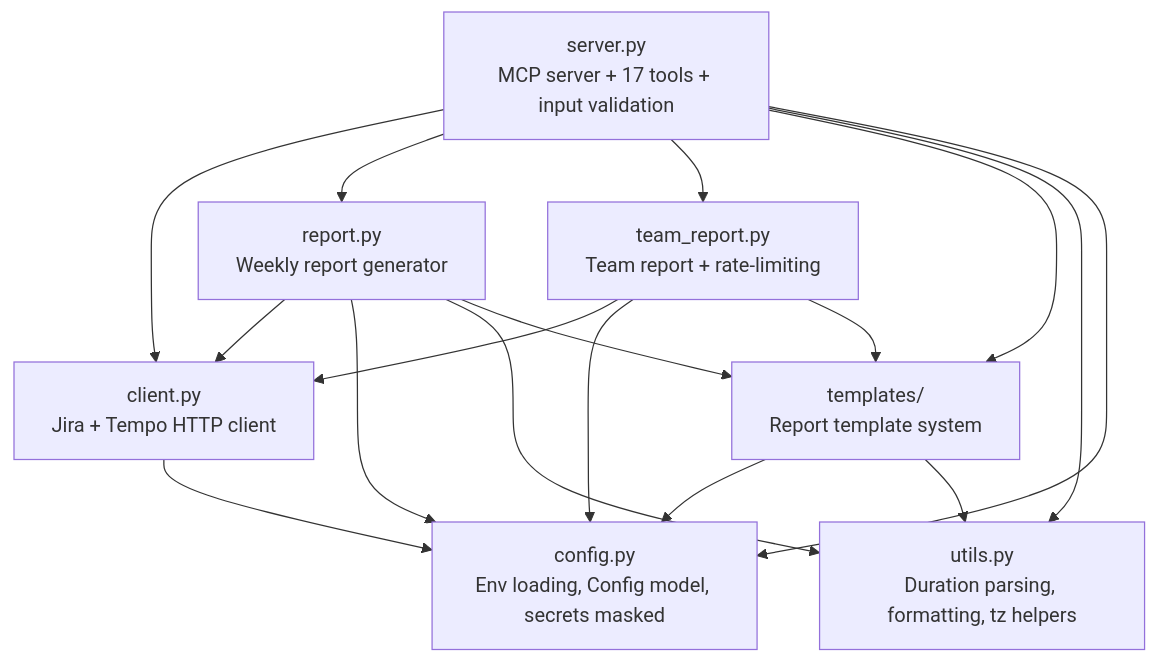
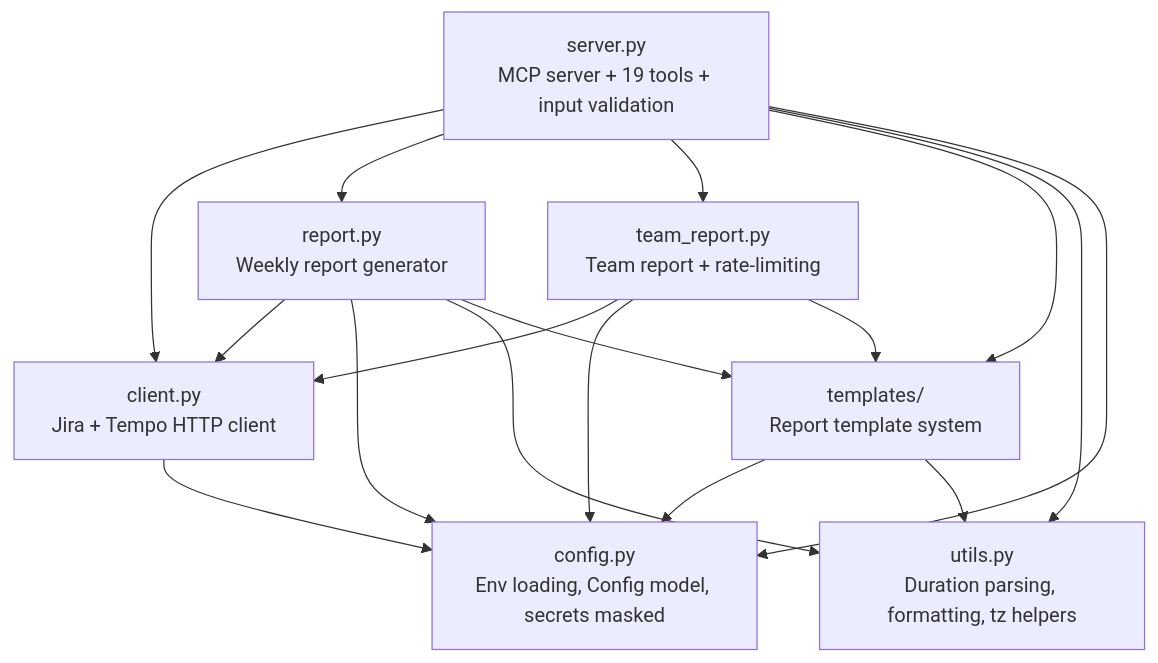
The first of 2 diagrams in docs/architecture.md (Arafel187/jira-tempo-mcp), drawn with Mermaid before and after one commit. The commit also changed 8 other files, not shown here.

````diff
--- a/docs/architecture.md
+++ b/docs/architecture.md
@@ -10,19 +10,19 @@
 ```mermaid
 flowchart TD
-    S[server.py<br/>MCP server + 17 tools + input validation] --> C[client.py<br/>Jira + Tempo HTTP client]
+    S[server.py<br/>MCP server + 19 tools + input validation] --> C[client.py<br/>Jira + Tempo HTTP client]
     S --> R[report.py<br/>Weekly report generator]
     S --> TR[team_report.py<br/>Team report + rate-limiting]
     S --> T[templates/<br/>Report template system]
     S --> U[utils.py<br/>Duration parsing, formatting, tz helpers]
     S --> CFG[config.py<br/>Env loading, Config model, secrets masked]
     C --> CFG
     R --> C
     R --> CFG
     R --> U
     R --> T
     TR --> C
     TR --> CFG
     TR --> T
     T --> CFG
     T --> U
 ```
````
